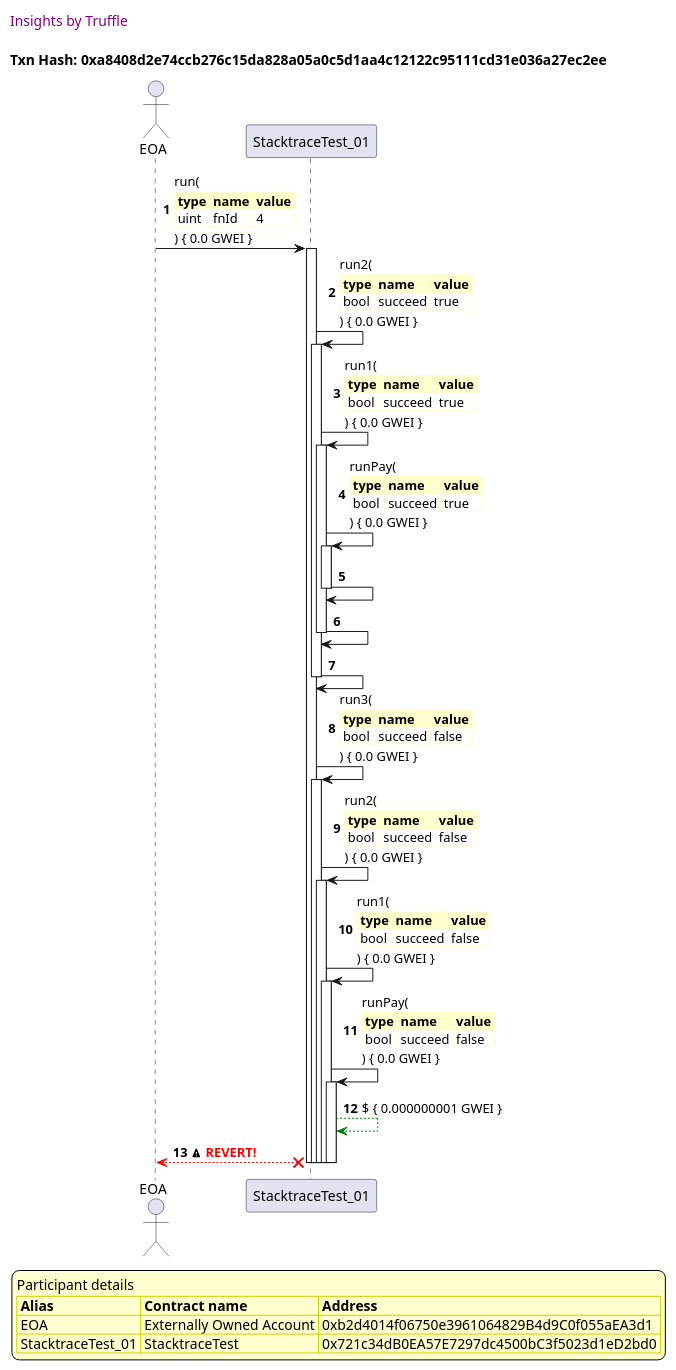
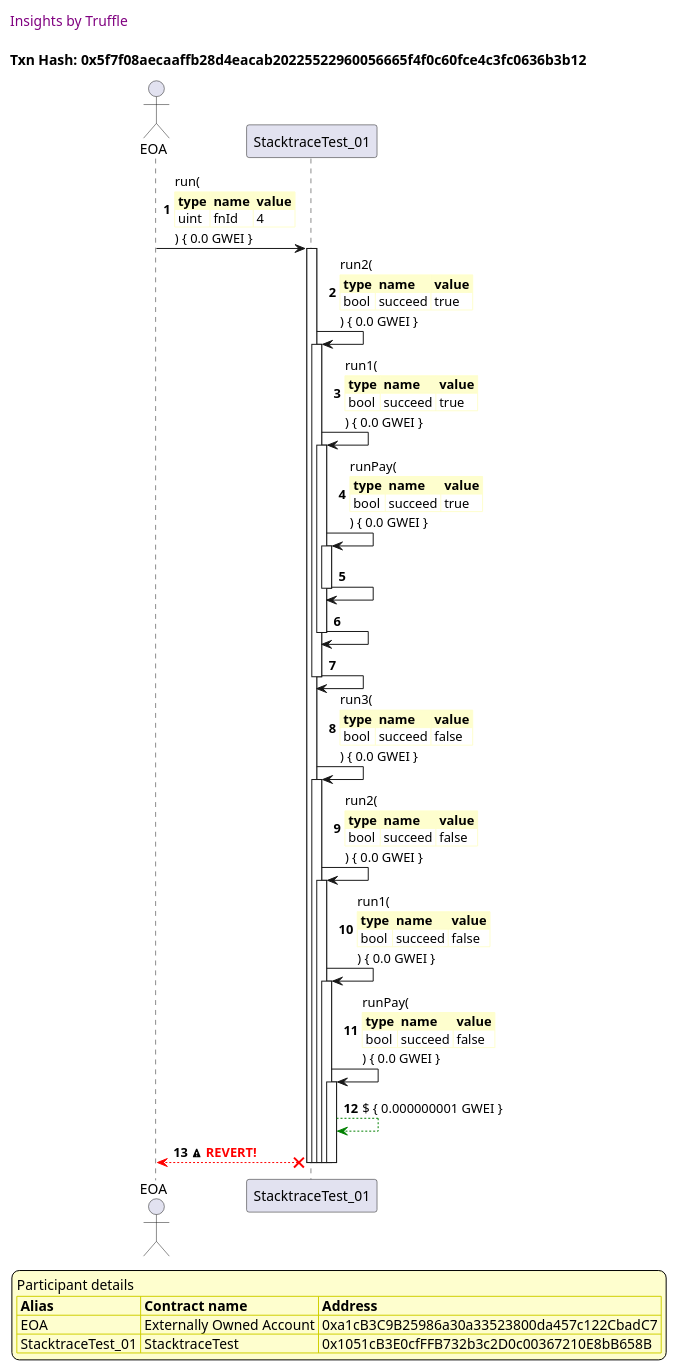
The sixth of 10 diagrams in truffle-seq/stacktrace.test.md (trufflesuite/txlog-seedlings), drawn with PlantUML before and after one commit. The commit also changed other lines of this file and 8 other files, not shown here.

````diff
--- a/truffle-seq/stacktrace.test.md
+++ b/truffle-seq/stacktrace.test.md
@@ -303,77 +303,77 @@
 ```plantuml
 
 
 @startuml
 
 autonumber
 skinparam legendBackgroundColor #FEFECE
 
 <style>
       header {
         HorizontalAlignment left
         FontColor purple
         FontSize 14
         Padding 10
       }
     </style>
 
 header Insights by Truffle
 
-title Txn Hash: 0xa8408d2e74ccb276c15da828a05a0c5d1aa4c12122c95111cd31e036a27ec2ee
+title Txn Hash: 0x5f7f08aecaaffb28d4eacab20225522960056665f4f0c60fce4c3fc0636b3b12
 
 
 actor EOA as "EOA"
 participant StacktraceTest_01 as "StacktraceTest_01"
 
 "EOA" -> "StacktraceTest_01" ++: run(\n\
 <#FEFECE,#FEFECE>|= type |= name |= value |\n\
 | uint | fnId | 4 |\n\
 ) { 0.0 GWEI }
 "StacktraceTest_01" -> "StacktraceTest_01" ++: run2(\n\
 <#FEFECE,#FEFECE>|= type |= name |= value |\n\
 | bool | succeed | true |\n\
 ) { 0.0 GWEI }
 "StacktraceTest_01" -> "StacktraceTest_01" ++: run1(\n\
 <#FEFECE,#FEFECE>|= type |= name |= value |\n\
 | bool | succeed | true |\n\
 ) { 0.0 GWEI }
 "StacktraceTest_01" -> "StacktraceTest_01" ++: runPay(\n\
 <#FEFECE,#FEFECE>|= type |= name |= value |\n\
 | bool | succeed | true |\n\
 ) { 0.0 GWEI }
 "StacktraceTest_01" -> "StacktraceTest_01" --: 
 "StacktraceTest_01" -> "StacktraceTest_01" --: 
 "StacktraceTest_01" -> "StacktraceTest_01" --: 
 "StacktraceTest_01" -> "StacktraceTest_01" ++: run3(\n\
 <#FEFECE,#FEFECE>|= type |= name |= value |\n\
 | bool | succeed | false |\n\
 ) { 0.0 GWEI }
 "StacktraceTest_01" -> "StacktraceTest_01" ++: run2(\n\
 <#FEFECE,#FEFECE>|= type |= name |= value |\n\
 | bool | succeed | false |\n\
 ) { 0.0 GWEI }
 "StacktraceTest_01" -> "StacktraceTest_01" ++: run1(\n\
 <#FEFECE,#FEFECE>|= type |= name |= value |\n\
 | bool | succeed | false |\n\
 ) { 0.0 GWEI }
 "StacktraceTest_01" -> "StacktraceTest_01" ++: runPay(\n\
 <#FEFECE,#FEFECE>|= type |= name |= value |\n\
 | bool | succeed | false |\n\
 ) { 0.0 GWEI }
 "StacktraceTest_01" -[#green]-> "StacktraceTest_01" : $ { 0.000000001 GWEI }
 "StacktraceTest_01" x-[#red]-> "EOA" --: <&warning> <color #red>**REVERT!**</color>
 deactivate "StacktraceTest_01"
 deactivate "StacktraceTest_01"
 deactivate "StacktraceTest_01"
 deactivate "StacktraceTest_01"
 deactivate "StacktraceTest_01"
 
 legend
 Participant details
 <#FEFECE,#D0D000>|= Alias |= Contract name |= Address |
-<#FEFECE>| EOA | Externally Owned Account | 0xb2d4014f06750e3961064829B4d9C0f055aEA3d1 |
-<#FEFECE>| StacktraceTest_01 | StacktraceTest | 0x721c34dB0EA57E7297dc4500bC3f5023d1eD2bd0 |
+<#FEFECE>| EOA | Externally Owned Account | 0xa1cB3C9B25986a30a33523800da457c122CbadC7 |
+<#FEFECE>| StacktraceTest_01 | StacktraceTest | 0x1051cB3E0cfFFB732b3c2D0c00367210E8bB658B |
 endlegend
 
 @enduml
 ```
````
